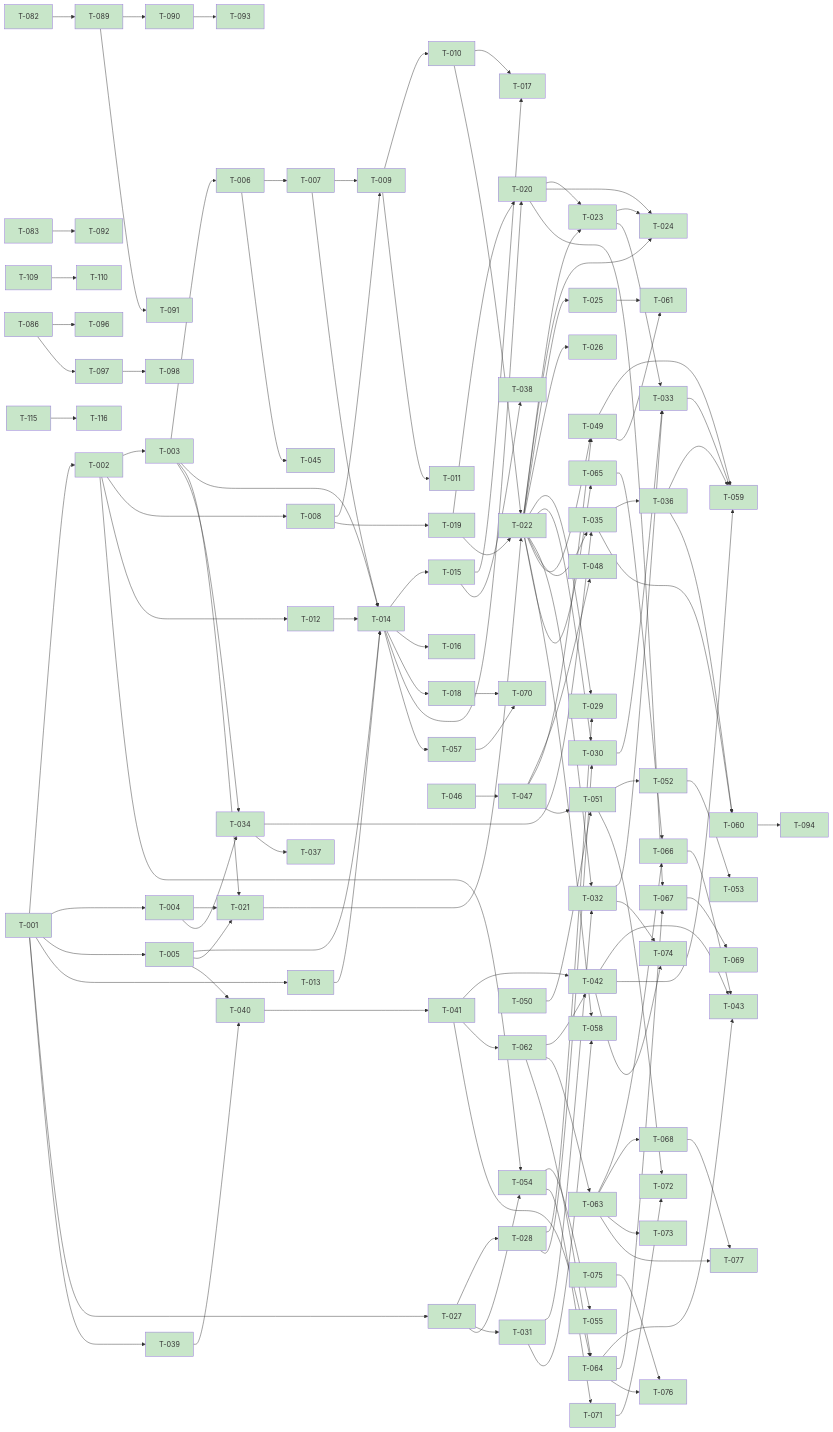
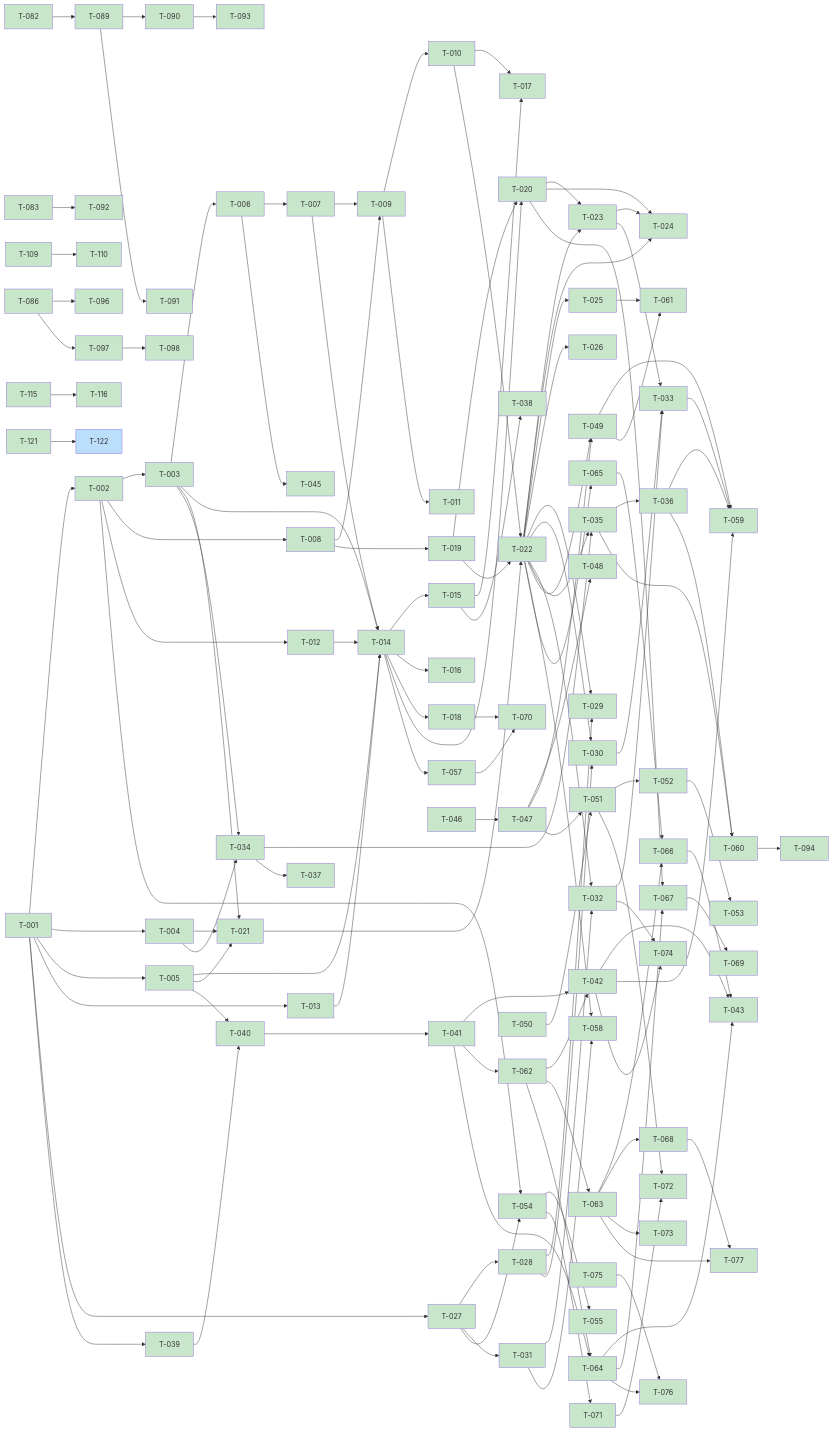
The diagram in kanban/BOARD.md (scholtz/biatec-chat), drawn with Mermaid before and after one commit. The commit also changed other lines of this file and 1 other file, not shown here.

````diff
--- a/kanban/BOARD.md
+++ b/kanban/BOARD.md
@@ -281,10 +282,12 @@
   T097[T-097] --> T098[T-098]
   T109[T-109] --> T110[T-110]
   T115[T-115] --> T116[T-116]
+  T121[T-121] --> T122[T-122]
   classDef done fill:#c8e6c9
   classDef review fill:#fff9c4
   classDef inprogress fill:#bbdefb
   classDef backlog fill:#ffffff
   classDef blocked fill:#eeeeee
   class T001,T002,T003,T004,T005,T006,T007,T008,T009,T010,T011,T012,T013,T014,T015,T016,T017,T018,T019,T020,T021,T022,T023,T024,T025,T026,T027,T028,T029,T030,T031,T032,T033,T034,T035,T036,T037,T038,T039,T040,T041,T042,T043,T044,T045,T046,T047,T048,T049,T050,T051,T052,T053,T054,T055,T056,T057,T058,T059,T060,T061,T062,T063,T064,T065,T066,T067,T068,T069,T070,T071,T072,T073,T074,T075,T076,T077,T078,T079,T080,T081,T082,T083,T084,T085,T086,T087,T088,T089,T090,T091,T092,T093,T094,T095,T096,T097,T098,T099,T100,T101,T102,T103,T104,T105,T106,T107,T108,T109,T110,T111,T112,T113,T114,T115,T116,T117,T118,T119,T120,T121 done
+  class T122 inprogress
 ```
````
